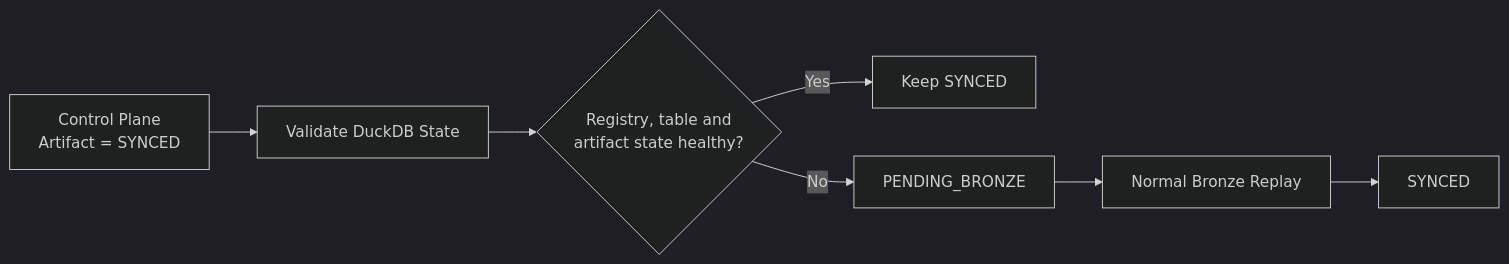
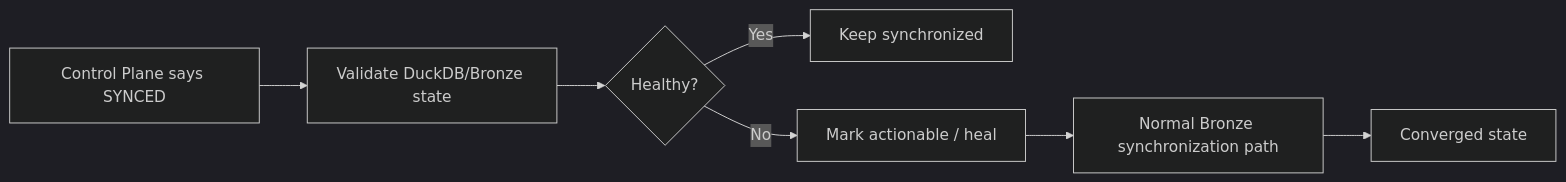
Diagram 12 of 20 in README.md (tks18/personal-finance-etl), drawn with Mermaid (dark theme) before and after one commit. The commit also changed other lines of this file, not shown here.

````diff
--- a/README.md
+++ b/README.md
@@ -929,9 +485,9 @@
 ```mermaid
 flowchart LR
-    CP["Control Plane<br/>Artifact = SYNCED"] --> CHECK["Validate DuckDB State"]
-    CHECK --> OK{"Registry, table and<br/>artifact state healthy?"}
-    OK -->|"Yes"| KEEP["Keep SYNCED"]
-    OK -->|"No"| PEND["PENDING_BRONZE"]
-    PEND --> REPLAY["Normal Bronze Replay"]
-    REPLAY --> SYNC["SYNCED"]
+    CP["Control Plane says SYNCED"] --> CHECK["Validate DuckDB/Bronze state"]
+    CHECK --> OK{"Healthy?"}
+    OK -->|Yes| KEEP["Keep synchronized"]
+    OK -->|No| PEND["Mark actionable / heal"]
+    PEND --> NORMAL["Normal Bronze synchronization path"]
+    NORMAL --> SYNC["Converged state"]
 ```
````
